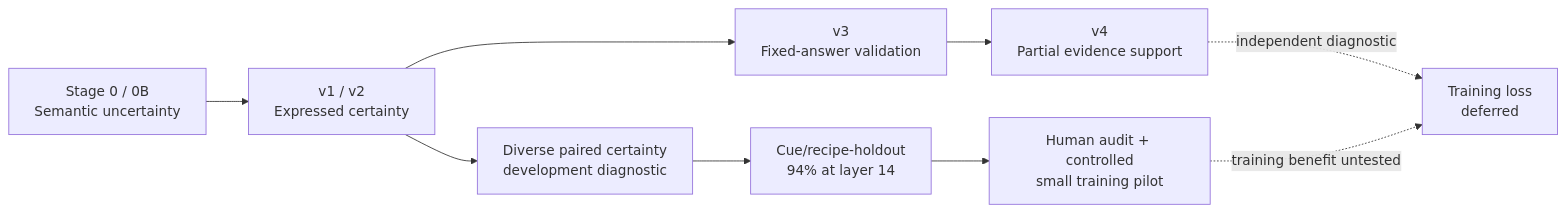
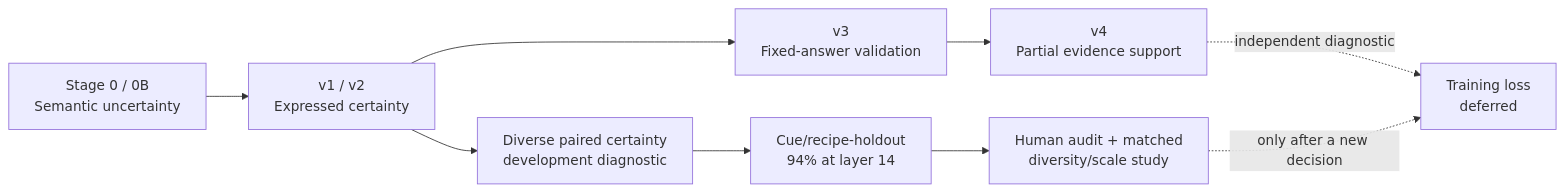
One commit to WenyiJin2003/mechanistic-confidence-sdt changed the diagram in README.md. Above: the diagram before and after it, drawn with Mermaid. The commit also changed other lines of this file and 11 other files, not shown here.

Commit message:
Restore full diverse-pair handoff sequence

````diff
--- a/README.md
+++ b/README.md
@@ -80,11 +84,11 @@
 ```mermaid
 flowchart LR
     U["Stage 0 / 0B<br/>Semantic uncertainty"] --> C["v1 / v2<br/>Expressed certainty"]
     C --> S["v3<br/>Fixed-answer validation"]
     S --> E["v4<br/>Partial evidence support"]
     C --> D["Diverse paired certainty<br/>development diagnostic"]
     D --> H["Cue/recipe-holdout<br/>94% at layer 14"]
     E -. "independent diagnostic" .-> T["Training loss<br/>deferred"]
-    H --> P["Human audit + controlled<br/>small training pilot"]
-    P -. "training benefit untested" .-> T
+    H --> X["Human audit + matched<br/>diversity/scale study"]
+    X -. "only after a new decision" .-> T
 ```
````
